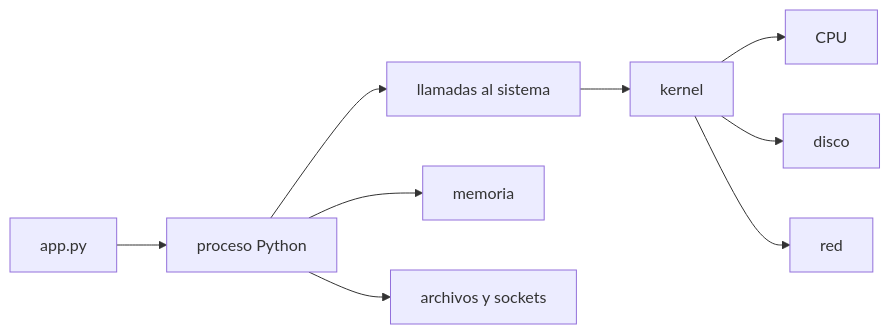
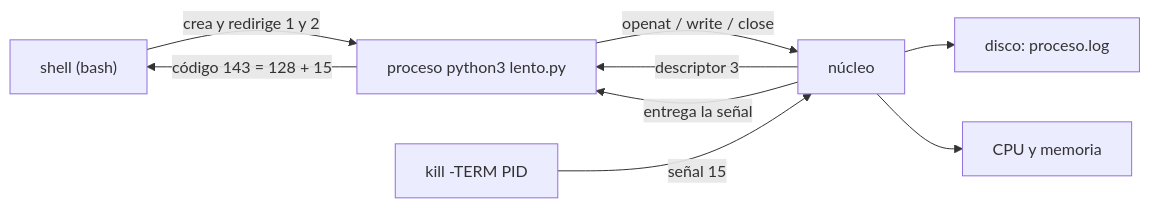
Before and after one commit to NICORUIZ93/The_Imperial_Book: the first of 5 diagrams in web/public/content/foundations/modulo-8.md, drawn with Mermaid. The commit also changed other lines of this file, not shown here.

````diff
--- a/web/public/content/foundations/modulo-8.md
+++ b/web/public/content/foundations/modulo-8.md
@@ -18,9 +118,11 @@
 ```mermaid
 flowchart LR
-    FILE["app.py"] --> PROCESS["proceso Python"] --> SYSCALL["llamadas al sistema"] --> KERNEL["kernel"]
-    PROCESS --> MEMORY["memoria"]
-    PROCESS --> FD["archivos y sockets"]
-    KERNEL --> CPU["CPU"]
-    KERNEL --> DISK["disco"]
-    KERNEL --> NET["red"]
+    SHELL["shell (bash)"] -->|"crea y redirige 1 y 2"| PROC["proceso python3 lento.py"]
+    PROC -->|"openat / write / close"| KERNEL["núcleo"]
+    KERNEL -->|"descriptor 3"| PROC
+    KERNEL --> DISK["disco: proceso.log"]
+    KERNEL --> CPU["CPU y memoria"]
+    KILL["kill -TERM PID"] -->|"señal 15"| KERNEL
+    KERNEL -->|"entrega la señal"| PROC
+    PROC -->|"código 143 = 128 + 15"| SHELL
 ```
````
